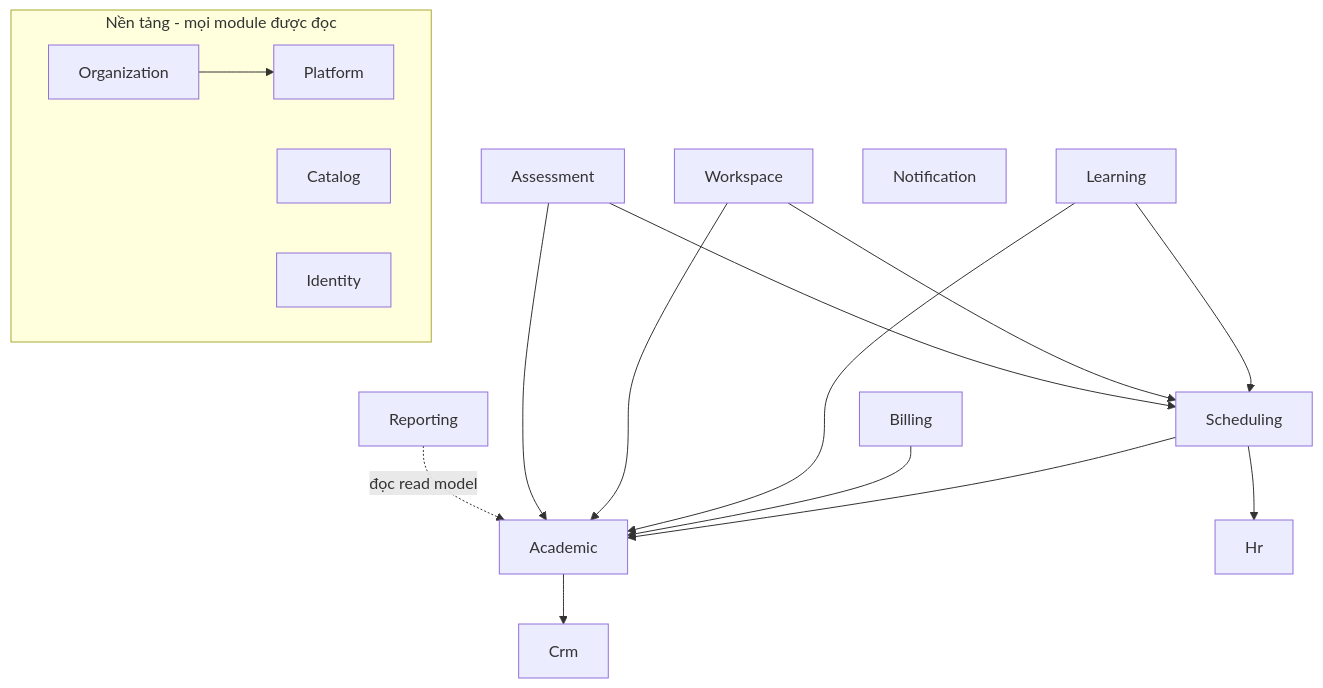
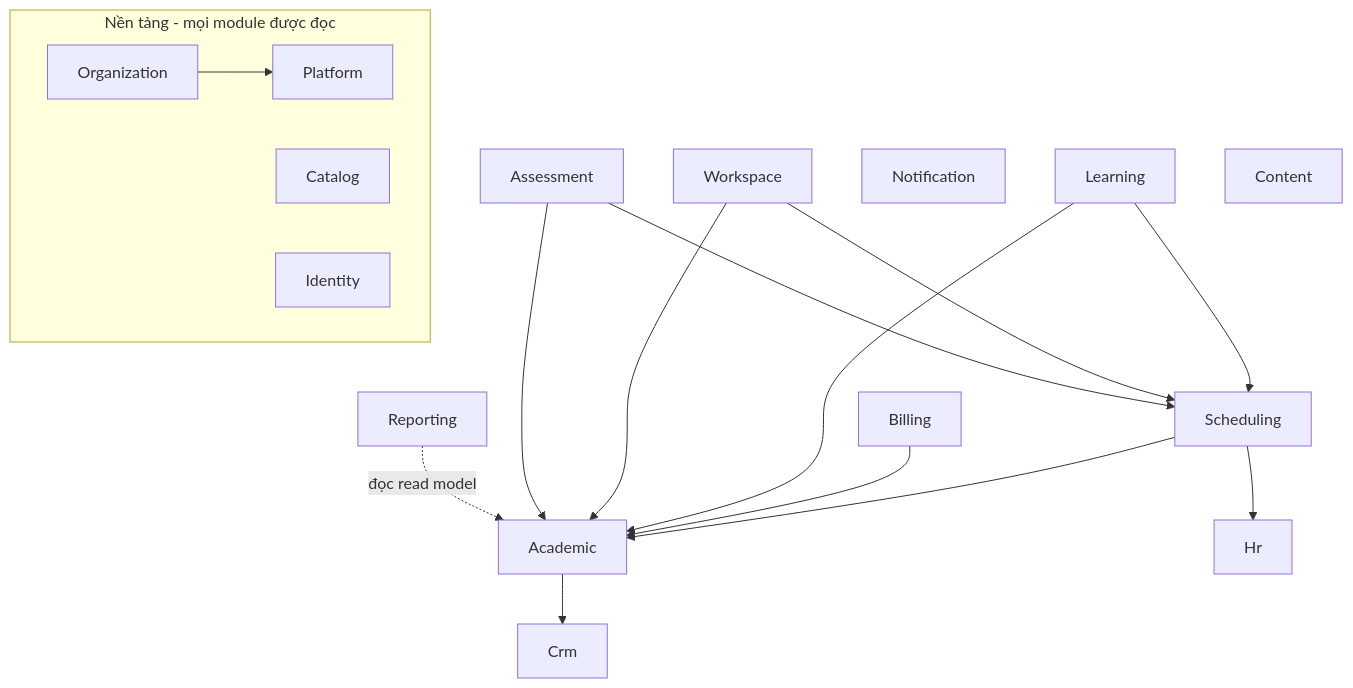
Before and after one commit to CDV00/konnyaku: the second of 3 diagrams in docs/06-evolution-strategy.md, drawn with Mermaid. The commit also changed other lines of this file and 67 other files, not shown here.

````diff
--- a/docs/06-evolution-strategy.md
+++ b/docs/06-evolution-strategy.md
@@ -48,22 +49,23 @@
 ```mermaid
 flowchart TD
   subgraph Foundation[Nền tảng - mọi module được đọc]
     Platform
     Organization --> Platform
     Catalog
     Identity
   end
   Crm
   Academic --> Crm
   Scheduling --> Academic
   Scheduling --> Hr
   Billing --> Academic
   Learning --> Scheduling
   Learning --> Academic
   Workspace --> Scheduling
   Workspace --> Academic
   Notification
   Assessment --> Academic
   Assessment --> Scheduling
+  Content
   Reporting -.->|đọc read model| Academic
 ```
````
